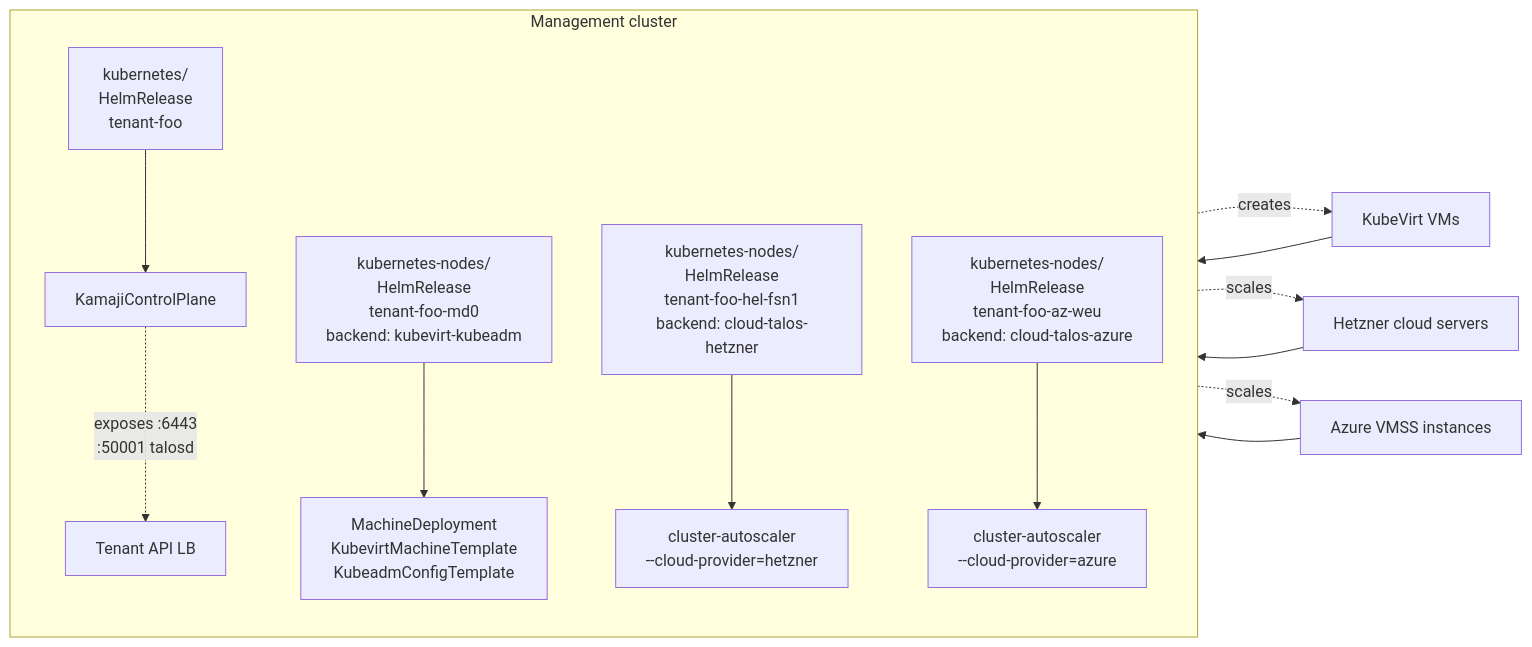
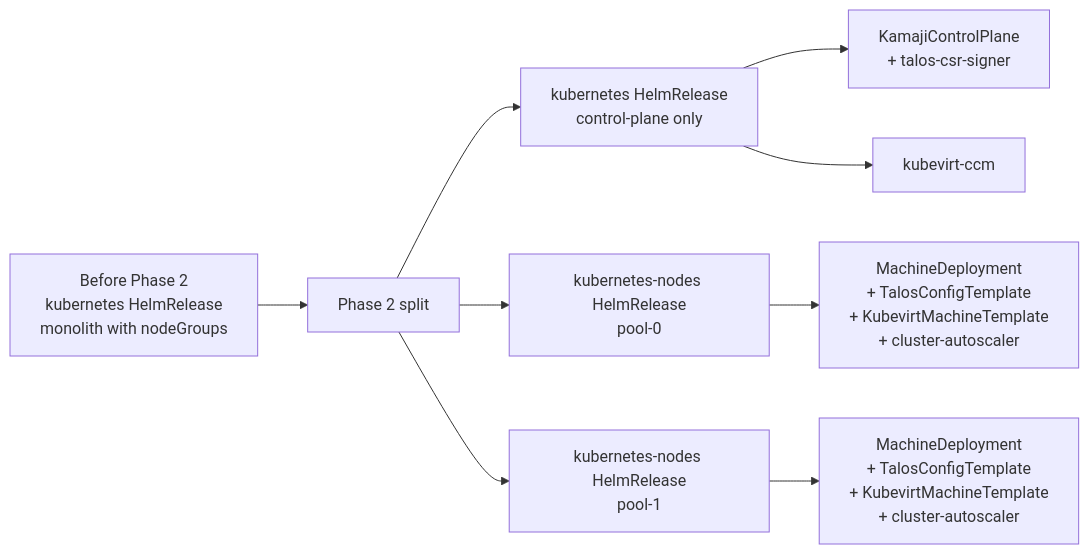
The diagram in design-proposals/kubernetes-nodes-split/README.md (cozystack/community), drawn with Mermaid before and after one commit. The commit also changed other lines of this file, not shown here.

First line of the commit message:
design-proposal: rescope kubernetes-nodes-split to Phase 1 + Phase 2

````diff
--- a/design-proposals/kubernetes-nodes-split/README.md
+++ b/design-proposals/kubernetes-nodes-split/README.md
@@ -71,25 +98,13 @@
 ```mermaid
 flowchart LR
-    subgraph Mgmt[Management cluster]
-      direction TB
-      KCP[kubernetes/<br/>HelmRelease<br/>tenant-foo]
-      NG1[kubernetes-nodes/<br/>HelmRelease<br/>tenant-foo-md0<br/>backend: kubevirt-kubeadm]
-      NG2[kubernetes-nodes/<br/>HelmRelease<br/>tenant-foo-hel-fsn1<br/>backend: cloud-talos-hetzner]
-      NG3[kubernetes-nodes/<br/>HelmRelease<br/>tenant-foo-az-weu<br/>backend: cloud-talos-azure]
+    Old[Before Phase 2<br/>kubernetes HelmRelease<br/>monolith with nodeGroups]
+    Old --> Split[Phase 2 split]
+    Split --> CP[kubernetes HelmRelease<br/>control-plane only]
+    Split --> NG1[kubernetes-nodes HelmRelease<br/>pool-0]
+    Split --> NG2[kubernetes-nodes HelmRelease<br/>pool-1]
 
-      KCP --> KamajiCP[KamajiControlPlane]
-      KamajiCP -.->|exposes :6443<br/>:50001 talosd| LB[Tenant API LB]
-
-      NG1 --> CAPI1[MachineDeployment<br/>KubevirtMachineTemplate<br/>KubeadmConfigTemplate]
-      NG2 --> AS2[cluster-autoscaler<br/>--cloud-provider=hetzner]
-      NG3 --> AS3[cluster-autoscaler<br/>--cloud-provider=azure]
-    end
-
-    CAPI1 -.creates.-> VMs[KubeVirt VMs]
-    AS2 -.scales.-> Hel[Hetzner cloud servers]
-    AS3 -.scales.-> Az[Azure VMSS instances]
-
-    VMs --> LB
-    Hel --> LB
-    Az --> LB
+    CP --> KamajiCP[KamajiControlPlane<br/>+ talos-csr-signer]
+    CP --> CCM[kubevirt-ccm]
+    NG1 --> MD1[MachineDeployment<br/>+ TalosConfigTemplate<br/>+ KubevirtMachineTemplate<br/>+ cluster-autoscaler]
+    NG2 --> MD2[MachineDeployment<br/>+ TalosConfigTemplate<br/>+ KubevirtMachineTemplate<br/>+ cluster-autoscaler]
 ```
````
